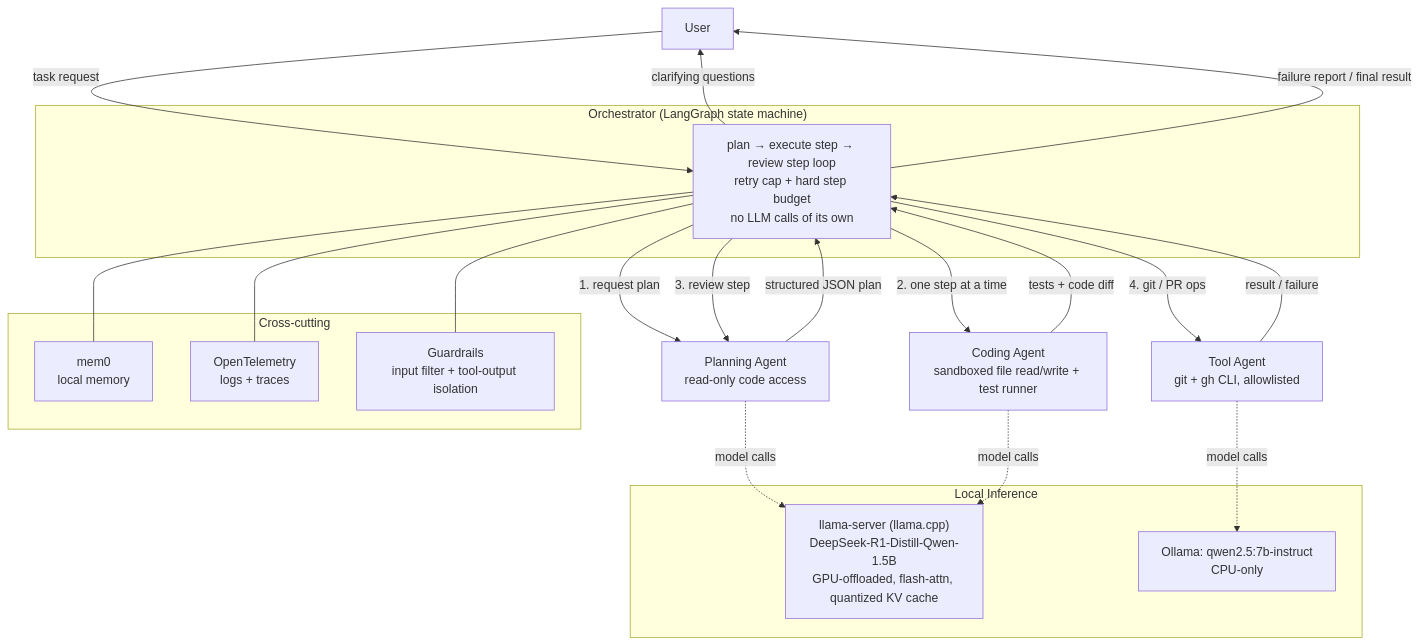
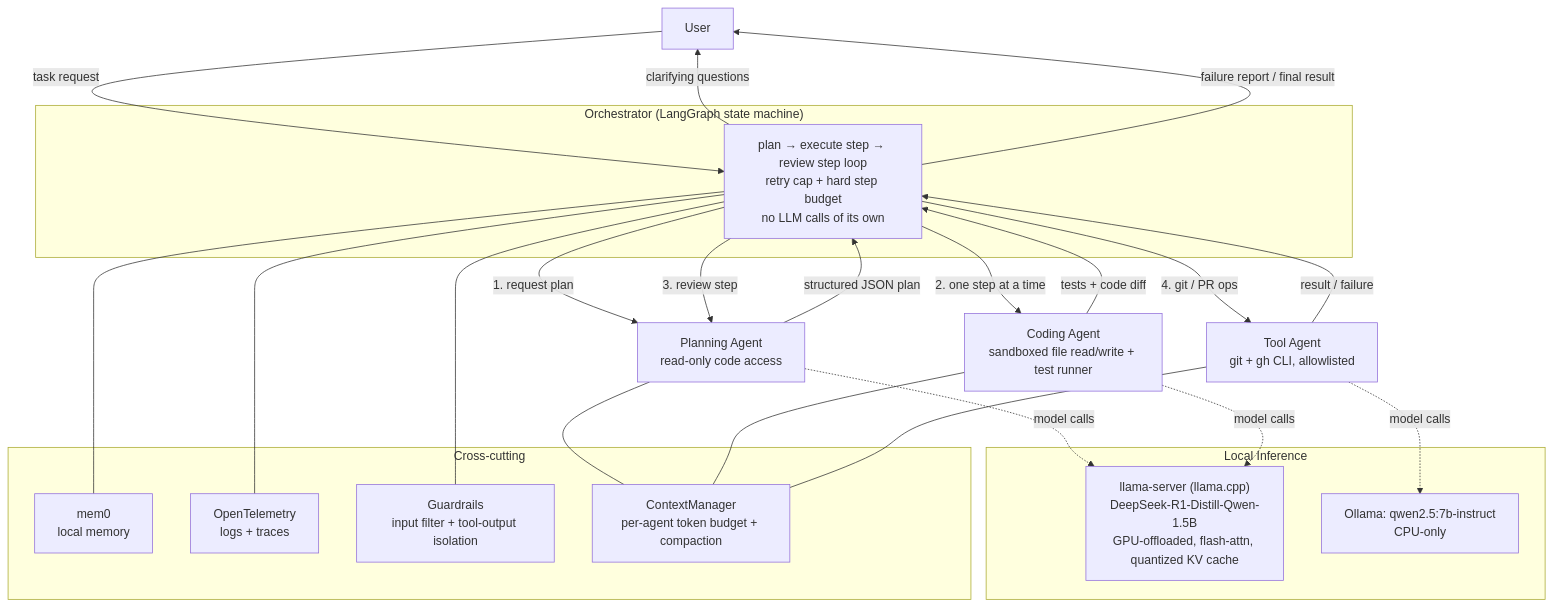
The diagram in README.md (SumukhaK/claude-multiagent), drawn with Mermaid before and after one commit. The commit also changed other lines of this file and 11 other files, not shown here.

````diff
--- a/README.md
+++ b/README.md
@@ -14,39 +14,43 @@
 ```mermaid
 flowchart TB
     U[User]
 
     subgraph Orchestrator["Orchestrator (LangGraph state machine)"]
         O[plan → execute step → review step loop<br/>retry cap + hard step budget<br/>no LLM calls of its own]
     end
 
     U -->|task request| O
     O -->|clarifying questions| U
     O -->|failure report / final result| U
 
     O -->|"1. request plan"| P[Planning Agent<br/>read-only code access]
     P -->|structured JSON plan| O
 
     O -->|"2. one step at a time"| C[Coding Agent<br/>sandboxed file read/write + test runner]
     C -->|tests + code diff| O
     O -->|"3. review step"| P
 
     O -->|"4. git / PR ops"| T[Tool Agent<br/>git + gh CLI, allowlisted]
     T -->|result / failure| O
 
     subgraph Local Inference
         LS["llama-server (llama.cpp)<br/>DeepSeek-R1-Distill-Qwen-1.5B<br/>GPU-offloaded, flash-attn, quantized KV cache"]
         OL["Ollama: qwen2.5:7b-instruct<br/>CPU-only"]
     end
     P -.model calls.-> LS
     C -.model calls.-> LS
     T -.model calls.-> OL
 
     subgraph "Cross-cutting"
         MEM[mem0<br/>local memory]
         OTEL[OpenTelemetry<br/>logs + traces]
         GRD[Guardrails<br/>input filter + tool-output isolation]
+        CTX[ContextManager<br/>per-agent token budget + compaction]
     end
     O --- MEM
     O --- OTEL
     O --- GRD
+    P --- CTX
+    C --- CTX
+    T --- CTX
 ```
````
